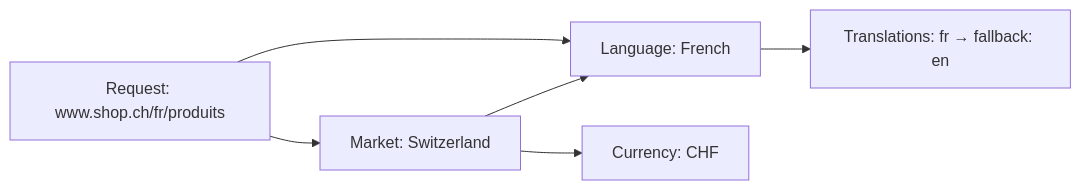
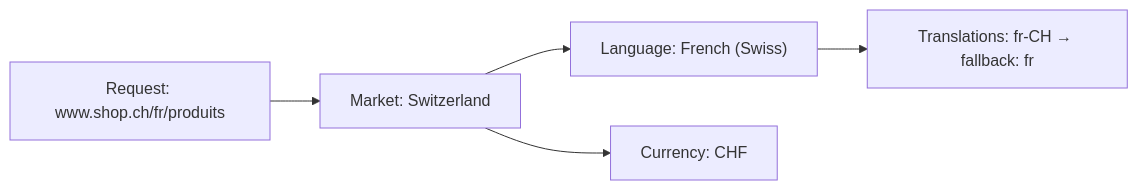
The diagram in content/0.getting-started/3.key-concepts/3.5.internationalization.md (laioutr/docs), drawn with Mermaid before and after one commit. The commit also changed 5 other files, not shown here.

Commit message:
fix: broken breadcrumb links, redirect on trailing-slash, mermaid id collission

````diff
--- a/content/0.getting-started/3.key-concepts/3.5.internationalization.md
+++ b/content/0.getting-started/3.key-concepts/3.5.internationalization.md
@@ -37,8 +37,7 @@
 ```mermaid
 flowchart LR
     R["Request: www.shop.ch/fr/produits"] --> M["Market: Switzerland"]
-    R --> L["Language: French"]
+    M --> L["Language: French (Swiss)"]
     M --> CUR["Currency: CHF"]
-    L --> T["Translations: fr → fallback: en"]
-    M --> L
+    L --> T["Translations: fr-CH → fallback: fr"]
 ```
````
